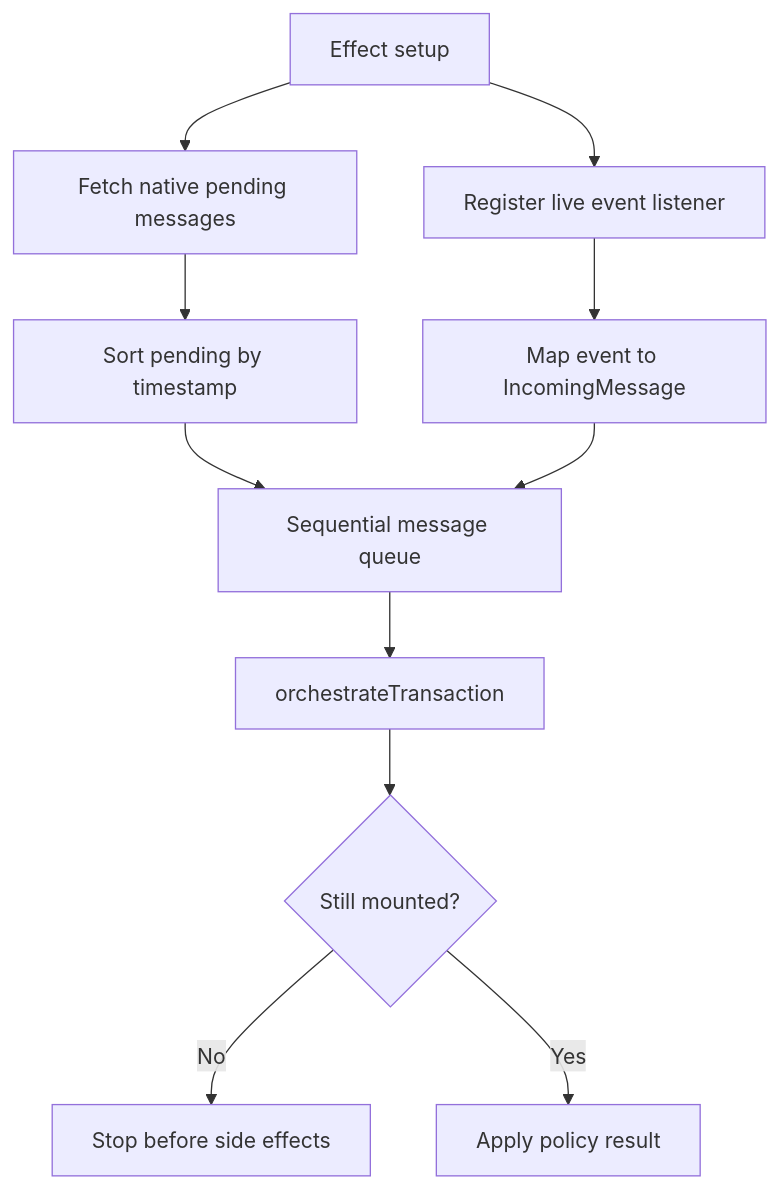
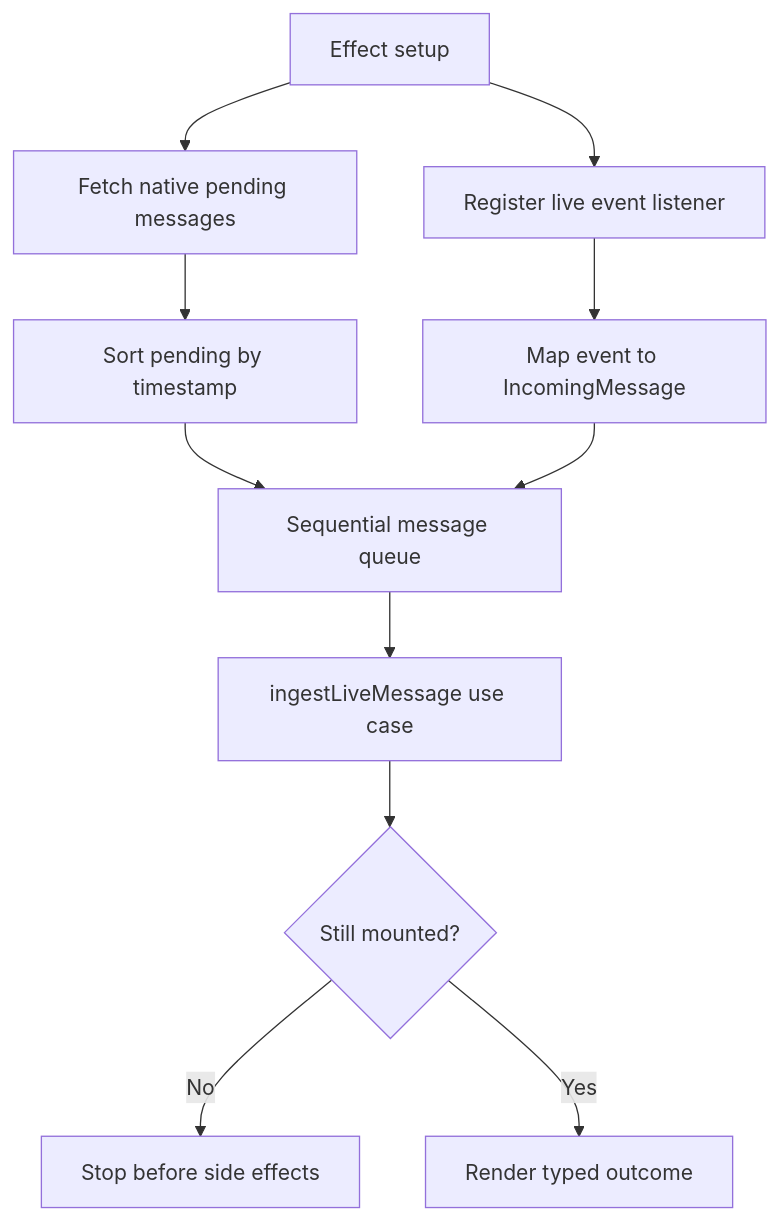
The first of 2 diagrams in docs/APP_MESSAGE_LISTENER_FLOW.md (GangSagar/expenses-tracker-app), drawn with Mermaid before and after one commit. The commit also changed other lines of this file and 23 other files, not shown here.

````diff
--- a/docs/APP_MESSAGE_LISTENER_FLOW.md
+++ b/docs/APP_MESSAGE_LISTENER_FLOW.md
@@ -15,13 +15,13 @@
 ```mermaid
 flowchart TD
     Setup["Effect setup"] --> Fetch["Fetch native pending messages"]
     Setup --> Listen["Register live event listener"]
     Fetch --> Sort["Sort pending by timestamp"]
     Sort --> Queue["Sequential message queue"]
     Listen --> Map["Map event to IncomingMessage"]
     Map --> Queue
-    Queue --> Analyze["orchestrateTransaction"]
+    Queue --> Analyze["ingestLiveMessage use case"]
     Analyze --> Mounted{"Still mounted?"}
     Mounted -- No --> Stop["Stop before side effects"]
-    Mounted -- Yes --> Execute["Apply policy result"]
+    Mounted -- Yes --> Execute["Render typed outcome"]
 ```
````
